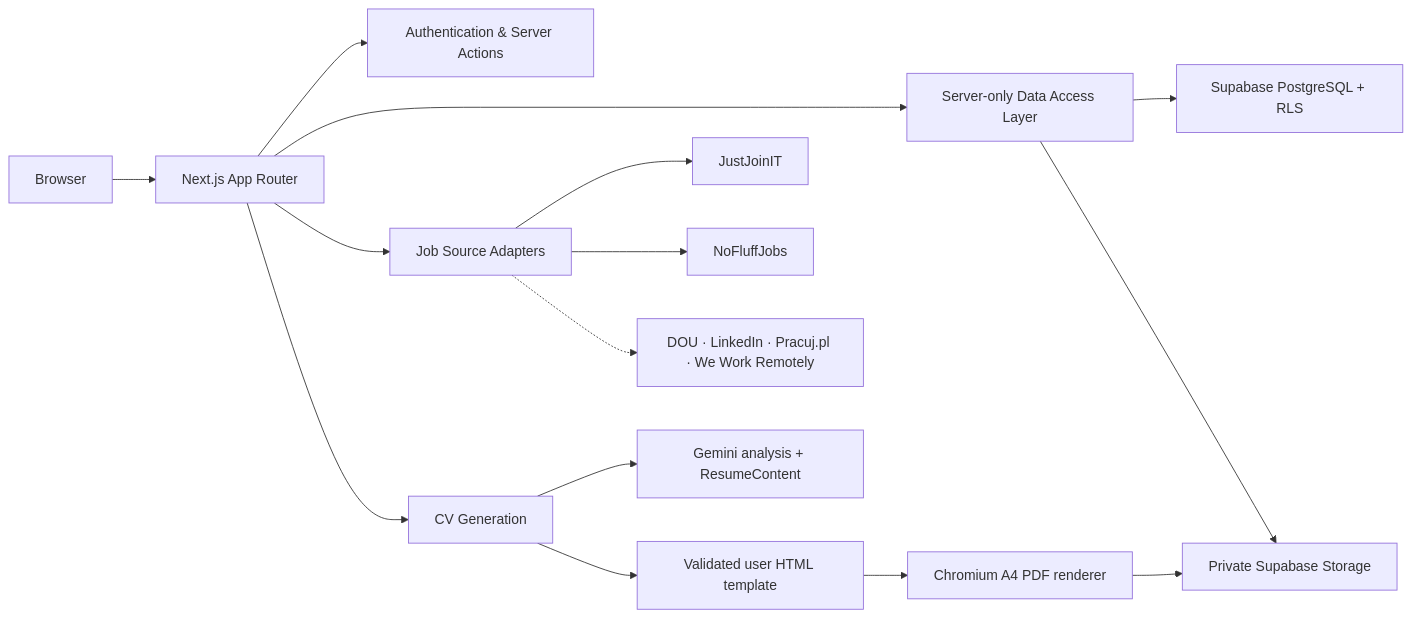
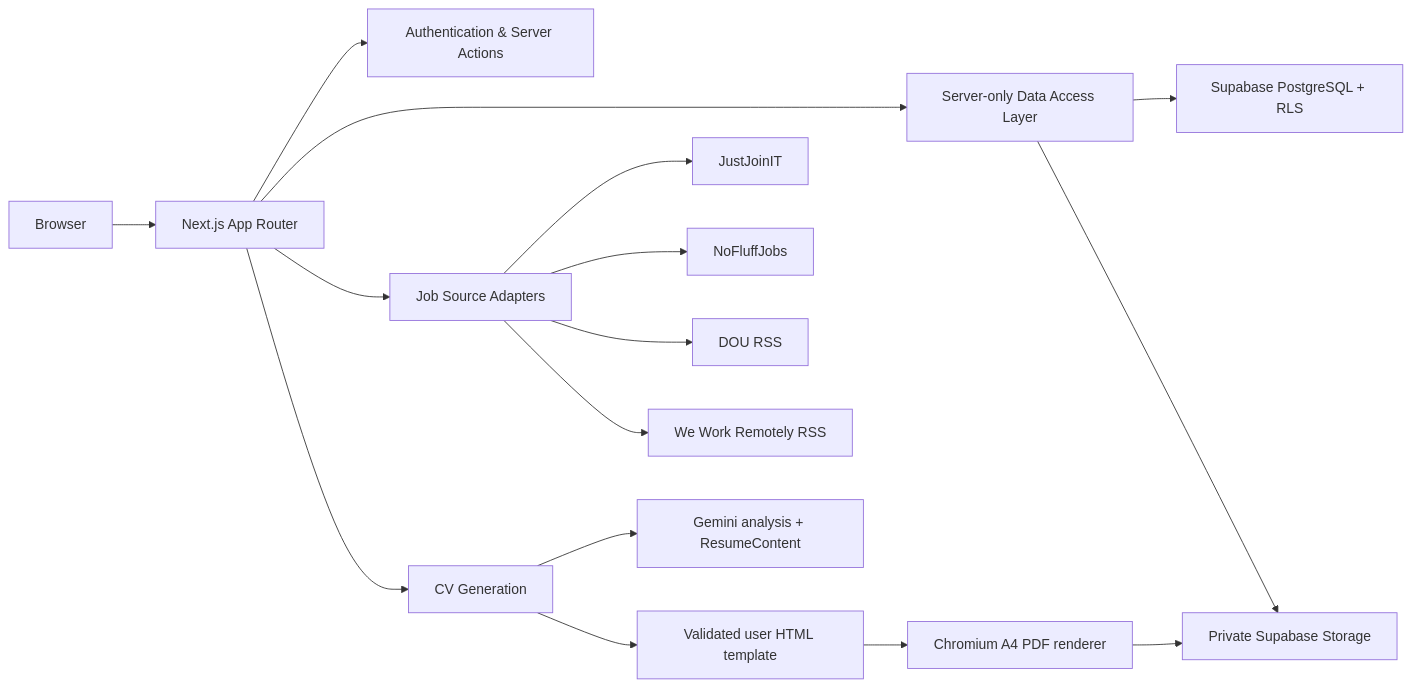
The diagram in README.md (yevhen-bychkov-dev/job_search), drawn with Mermaid before and after one commit. The commit also changed other lines of this file and 23 other files, not shown here.

````diff
--- a/README.md
+++ b/README.md
@@ -38,21 +38,22 @@
 ```mermaid
 flowchart LR
     Browser --> Next["Next.js App Router"]
 
     Next --> Auth["Authentication & Server Actions"]
     Next --> DAL["Server-only Data Access Layer"]
     Next --> Sources["Job Source Adapters"]
     Next --> CV["CV Generation"]
 
     DAL --> DB["Supabase PostgreSQL + RLS"]
     DAL --> Storage["Private Supabase Storage"]
 
     Sources --> JJ["JustJoinIT"]
     Sources --> NF["NoFluffJobs"]
-    Sources -.-> Outbound["DOU · LinkedIn · Pracuj.pl · We Work Remotely"]
+    Sources --> DOU["DOU RSS"]
+    Sources --> WWR["We Work Remotely RSS"]
 
     CV --> Gemini["Gemini analysis + ResumeContent"]
     CV --> Template["Validated user HTML template"]
     Template --> PDF["Chromium A4 PDF renderer"]
     PDF --> Storage
 ```
````
